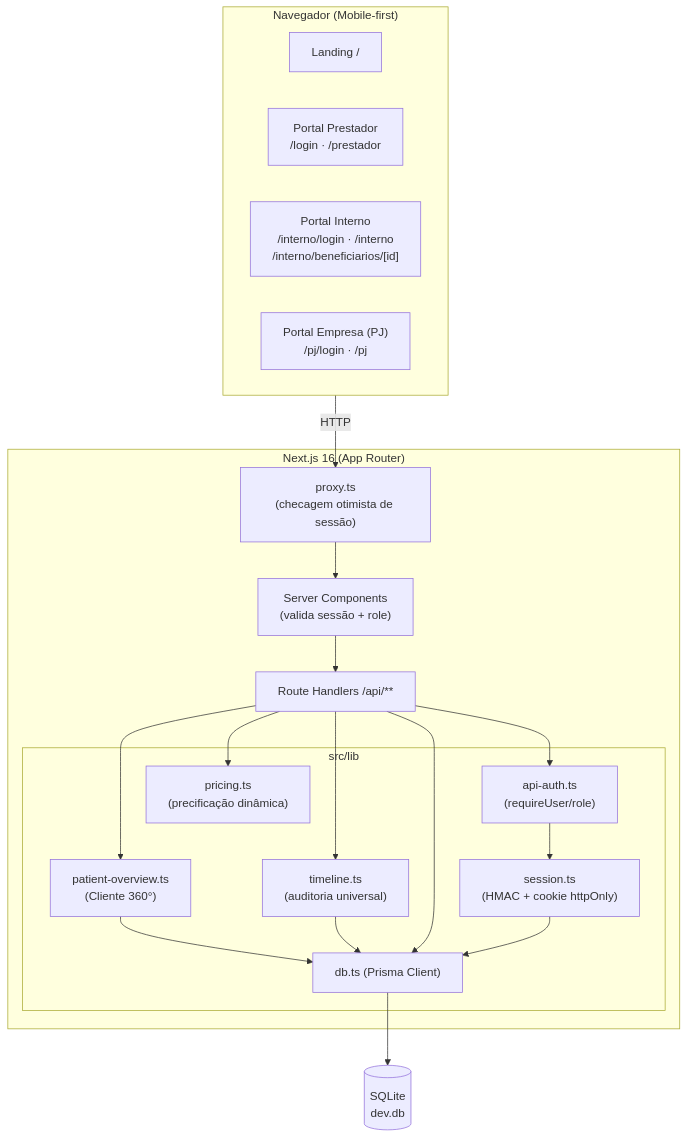
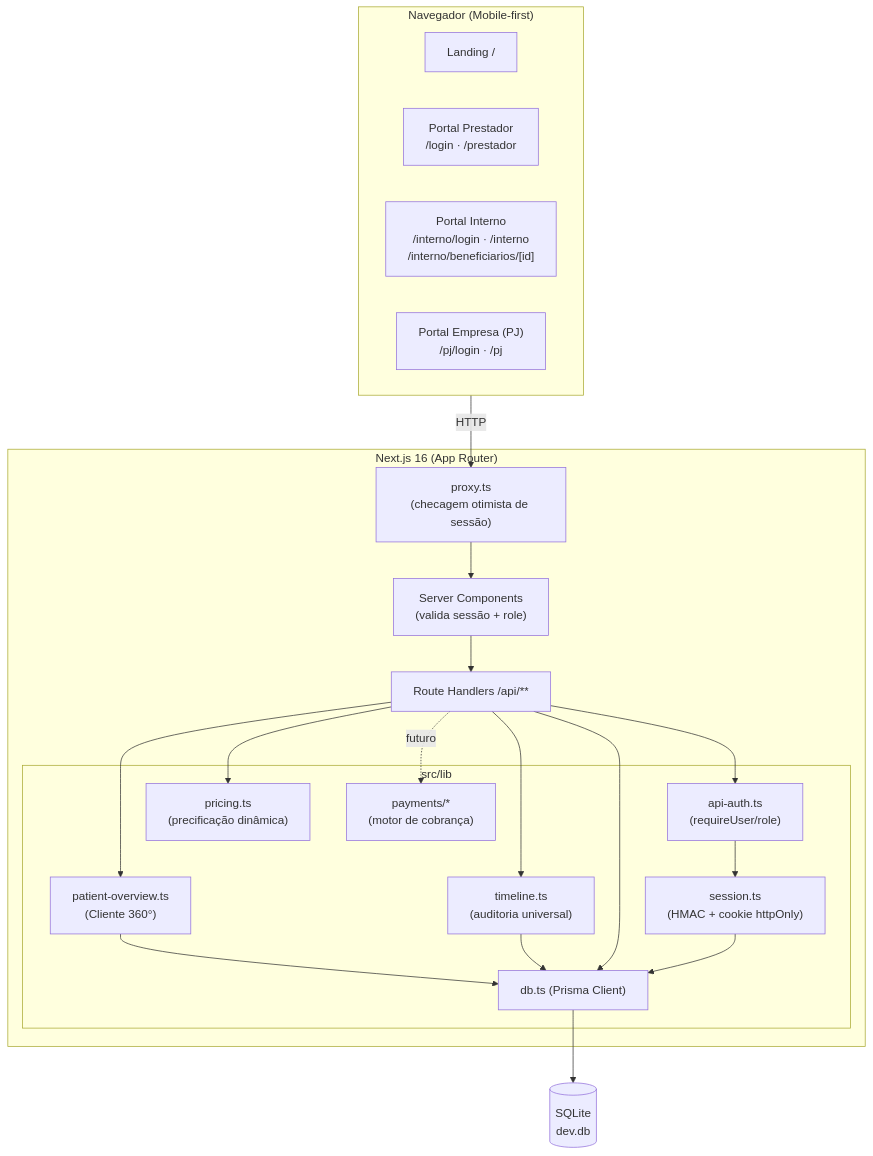
Before and after one commit to Piulres/sistema-bibi: the first of 8 diagrams in docs/ARQUITETURA.md, drawn with Mermaid. The commit also changed other lines of this file and 14 other files, not shown here.

First line of the commit message:
feat(epic-4): motor de cobrança — contratos Strategy PIX/boleto/cartão

````diff
--- a/docs/ARQUITETURA.md
+++ b/docs/ARQUITETURA.md
@@ -11,34 +11,36 @@
 ```mermaid
 flowchart TB
   subgraph Cliente["Navegador (Mobile-first)"]
     Land["Landing /"]
     PortP["Portal Prestador<br/>/login · /prestador"]
     PortI["Portal Interno<br/>/interno/login · /interno<br/>/interno/beneficiarios/[id]"]
     PortPJ["Portal Empresa (PJ)<br/>/pj/login · /pj"]
   end
 
   subgraph Next["Next.js 16 (App Router)"]
     Proxy["proxy.ts<br/>(checagem otimista de sessão)"]
     Pages["Server Components<br/>(valida sessão + role)"]
     API["Route Handlers /api/**"]
     subgraph Lib["src/lib"]
       Sess["session.ts<br/>(HMAC + cookie httpOnly)"]
       Auth["api-auth.ts<br/>(requireUser/role)"]
       Price["pricing.ts<br/>(precificação dinâmica)"]
       Overview["patient-overview.ts<br/>(Cliente 360°)"]
       Timeline["timeline.ts<br/>(auditoria universal)"]
+      Payments["payments/*<br/>(motor de cobrança)"]
       DB["db.ts (Prisma Client)"]
     end
   end
 
   SQLite[("SQLite<br/>dev.db")]
 
   Cliente -->|HTTP| Proxy --> Pages
   Pages --> API
   API --> Auth --> Sess
   API --> Price
   API --> Overview --> DB
   API --> Timeline --> DB
+  API -.->|futuro| Payments
   API --> DB --> SQLite
   Sess --> DB
 ```
````
